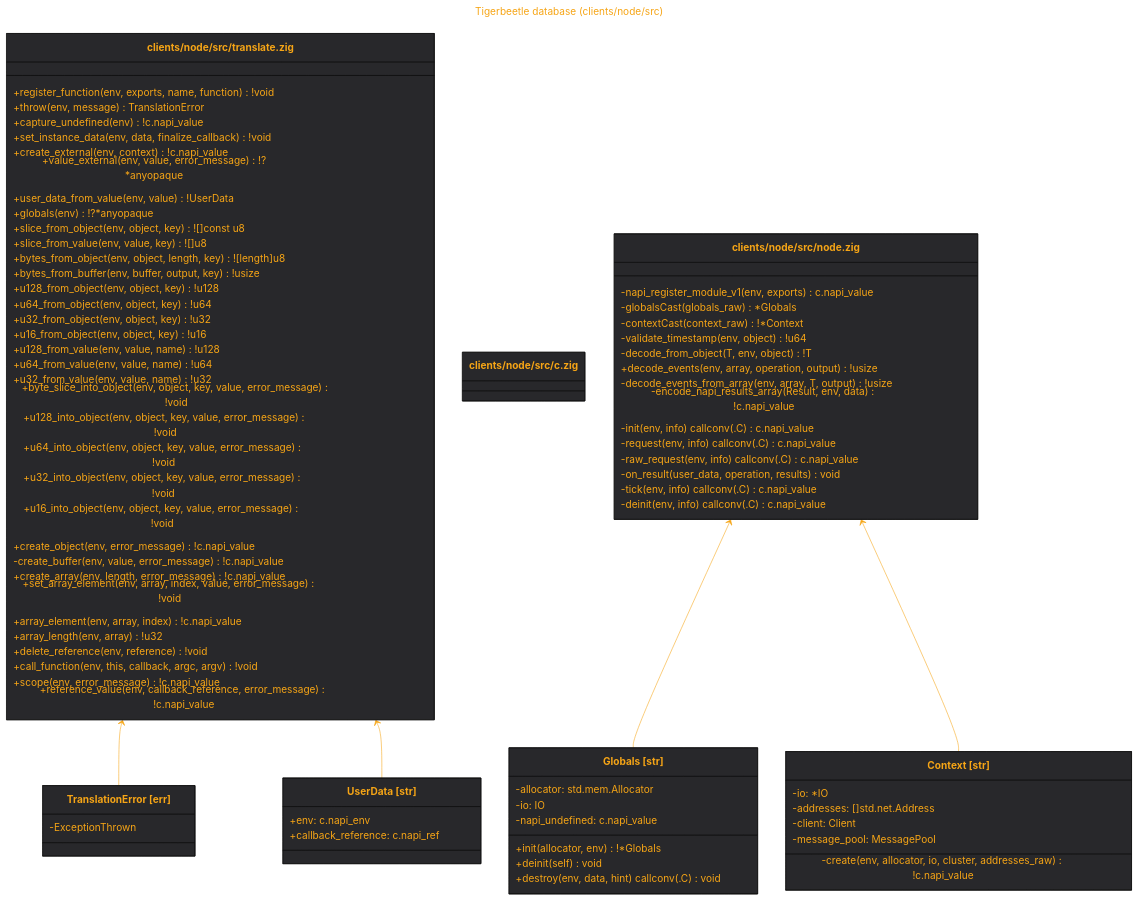
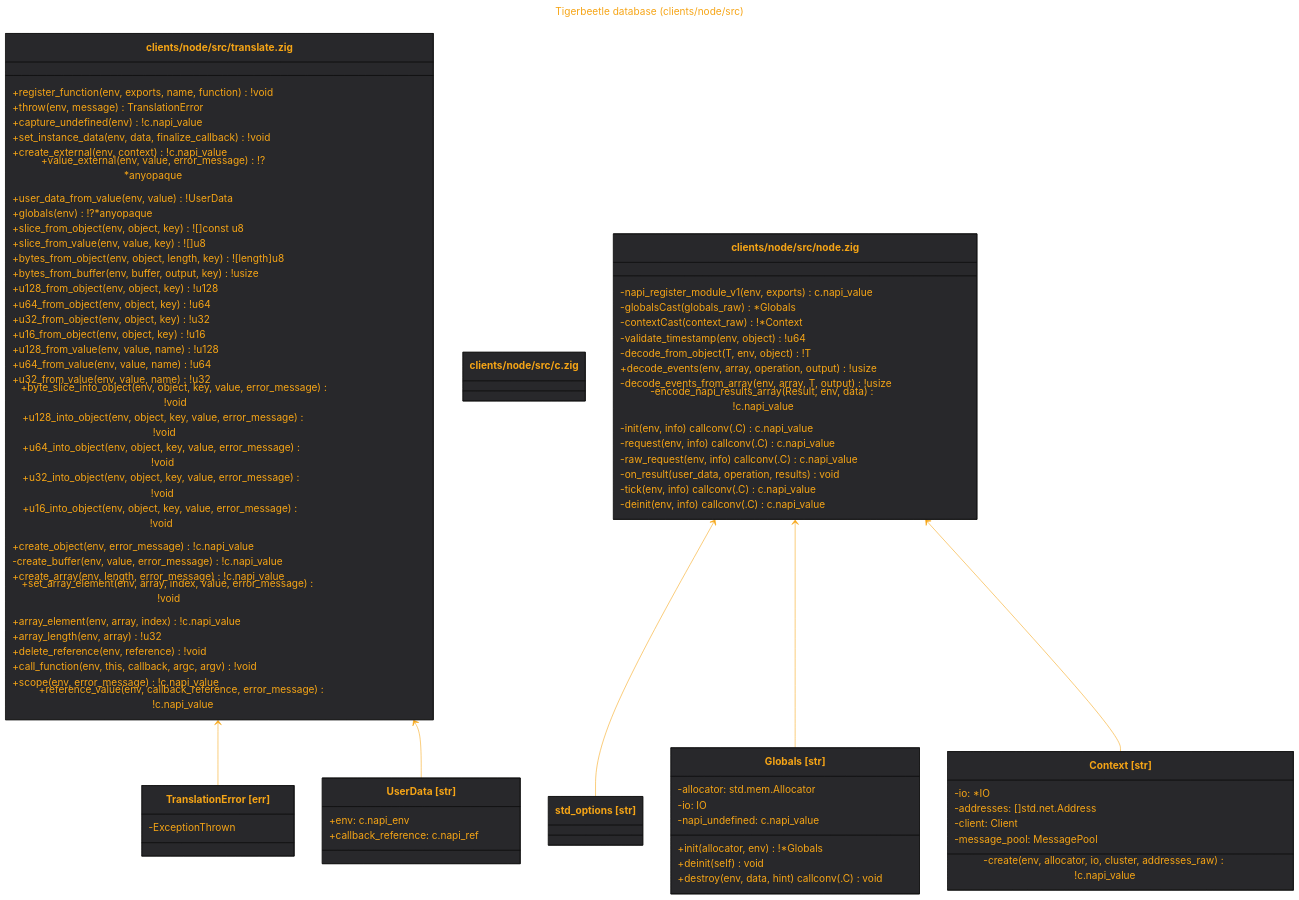
One commit to tensorush/meduza changed the diagram in out/src.clients.node.src.md. Above: the diagram before and after it, drawn with Mermaid. The commit also changed 10 other files, not shown here.

```diff
--- a/out/src.clients.node.src.md
+++ b/out/src.clients.node.src.md
@@ -65,6 +65,8 @@
 link `clients/node/src/translate.zig` "https://github.com/tigerbeetle/tigerbeetle/blob/main/src/clients/node/src/translate.zig"
 class `clients/node/src/c.zig`
 link `clients/node/src/c.zig` "https://github.com/tigerbeetle/tigerbeetle/blob/main/src/clients/node/src/c.zig"
+class std_options["std_options [str]"]
+link std_options "https://github.com/tigerbeetle/tigerbeetle/blob/main/src/clients/node/src/node.zig#L27"
 class Globals["Globals [str]"] {
     -allocator: std.mem.Allocator
     -io: IO
@@ -73,7 +75,7 @@
     +deinit(self) void
     +destroy(env, data, hint) callconv(.C) void
 }
-link Globals "https://github.com/tigerbeetle/tigerbeetle/blob/main/src/clients/node/src/node.zig#L70"
+link Globals "https://github.com/tigerbeetle/tigerbeetle/blob/main/src/clients/node/src/node.zig#L72"
 class Context["Context [str]"] {
     -io: *IO
     -addresses: []std.net.Address
@@ -81,7 +83,7 @@
     -message_pool: MessagePool
     -create(env, allocator, io, cluster, addresses_raw) !c.napi_value
 }
-link Context "https://github.com/tigerbeetle/tigerbeetle/blob/main/src/clients/node/src/node.zig#L121"
+link Context "https://github.com/tigerbeetle/tigerbeetle/blob/main/src/clients/node/src/node.zig#L123"
 class `clients/node/src/node.zig` {
     -napi_register_module_v1(env, exports) c.napi_value
     -globalsCast(globals_raw) *Globals
@@ -98,6 +100,7 @@
     -tick(env, info) callconv(.C) c.napi_value
     -deinit(env, info) callconv(.C) c.napi_value
 }
+`clients/node/src/node.zig` <-- std_options
 `clients/node/src/node.zig` <-- Globals
 `clients/node/src/node.zig` <-- Context
 link `clients/node/src/node.zig` "https://github.com/tigerbeetle/tigerbeetle/blob/main/src/clients/node/src/node.zig"
```
